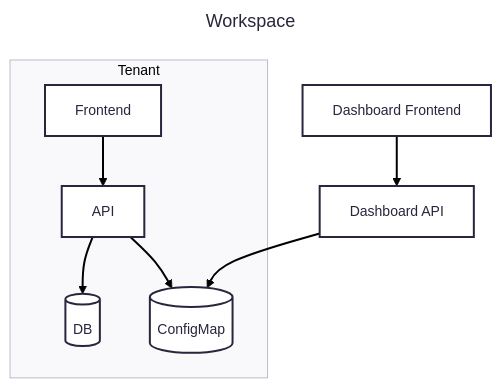
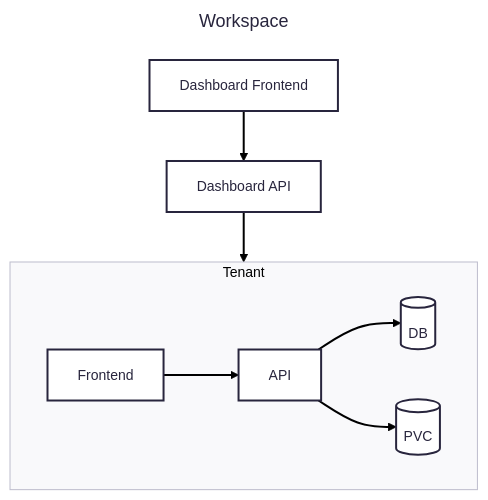
The diagram in mermaid/WorkspaceArchitecture.md (MysterionAutotronic/BachelorThesis), drawn with Mermaid before and after one commit. The commit also changed 4 other files, not shown here.

Commit message:
add architecture chart as graphic

````diff
--- a/mermaid/WorkspaceArchitecture.md
+++ b/mermaid/WorkspaceArchitecture.md
@@ -1,23 +1,23 @@
 ```mermaid
 ---
 config:
       theme: redux
 title: Workspace
 ---
 flowchart TD
     subgraph TENANT[Tenant]
         FE[Frontend]
         API[API]
         DB[(DB)]
-		CONFIGMAP[(ConfigMap)]
+		PVC[(PVC)]
 
         FE --> API
         API --> DB
-		API --> CONFIGMAP
+		API --> PVC
     end
     FEDASH[Dashboard Frontend]
     DASHAPI[Dashboard API]
 
 	FEDASH --> DASHAPI
-	DASHAPI --> CONFIGMAP
+	DASHAPI --> TENANT
 ```
````
